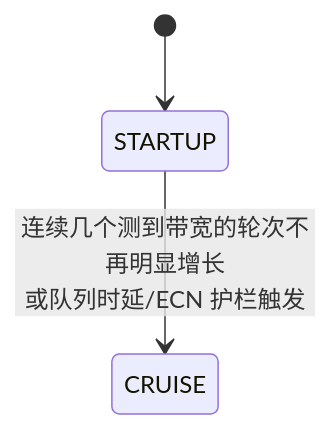
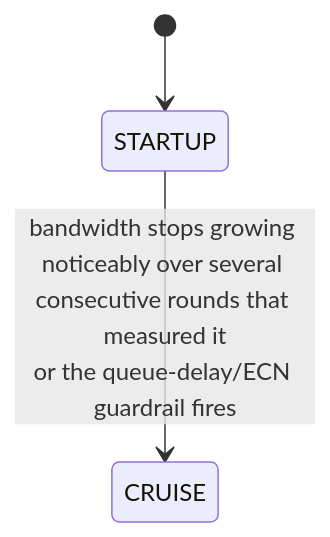
The second of 2 diagrams in docs/03-design.md (CYBERVERSE-Research/skyline-speeder), drawn with Mermaid before and after one commit. The commit also changed other lines of this file and 31 other files, not shown here.

````diff
--- a/docs/03-design.md
+++ b/docs/03-design.md
@@ -244,5 +247,5 @@
 ```mermaid
 stateDiagram-v2
     [*] --> STARTUP
-    STARTUP --> CRUISE: 连续几个测到带宽的轮次不再明显增长<br/>或队列时延/ECN 护栏触发
+    STARTUP --> CRUISE: bandwidth stops growing noticeably over several consecutive rounds that measured it<br/>or the queue-delay/ECN guardrail fires
 ```
````
